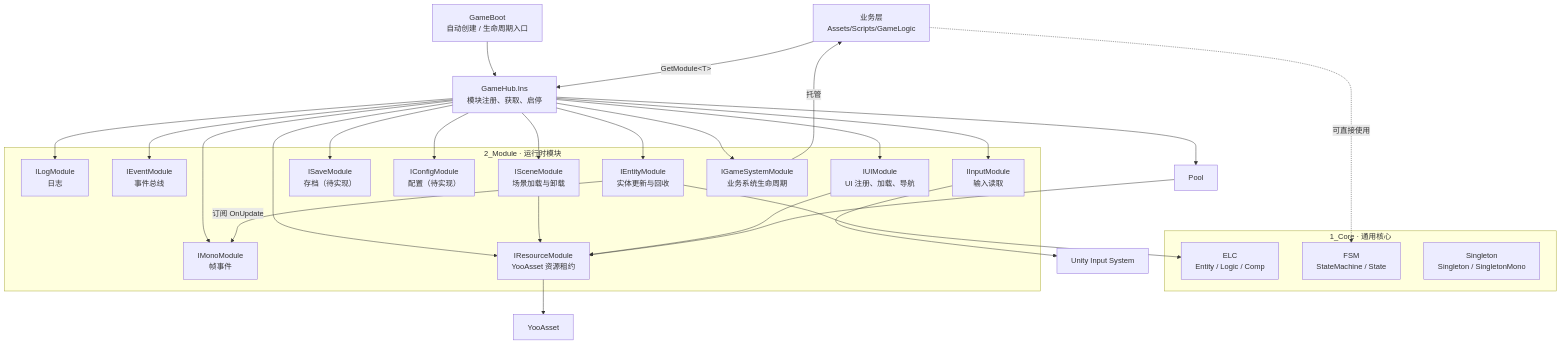
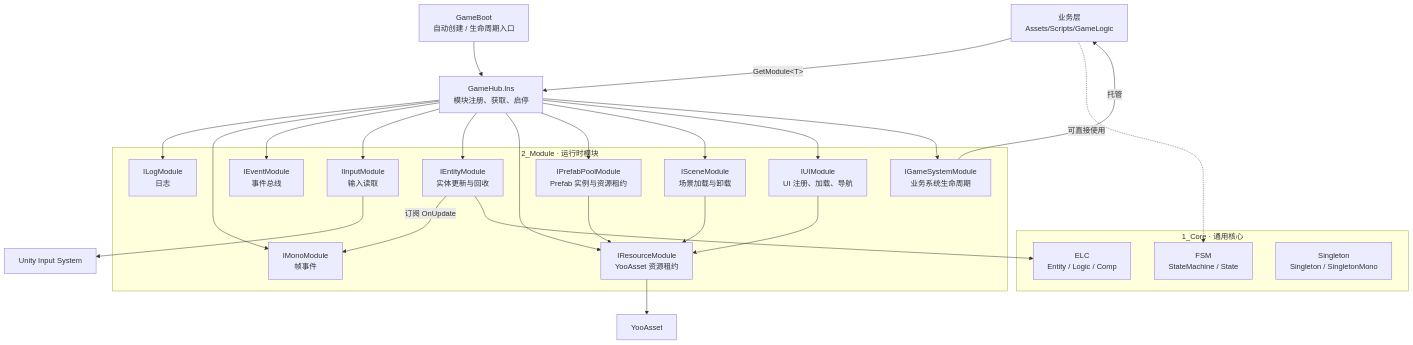
Before and after one commit to WLDZS/Tiny-Nations: the first of 5 diagrams in Assets/Doc/FrameworkNavigation.md, drawn with Mermaid. The commit also changed other lines of this file and 61 other files, not shown here.

````diff
--- a/Assets/Doc/FrameworkNavigation.md
+++ b/Assets/Doc/FrameworkNavigation.md
@@ -7,42 +9,41 @@
 ```mermaid
 flowchart TB
     GameLogic["业务层<br/>Assets/Scripts/GameLogic"]
     Boot["GameBoot<br/>自动创建 / 生命周期入口"]
     Hub["GameHub.Ins<br/>模块注册、获取、启停"]
 
     subgraph Core["1_Core · 通用核心"]
         ELC["ELC<br/>Entity / Logic / Comp"]
         FSM["FSM<br/>StateMachine / State"]
         Singleton["Singleton<br/>Singleton / SingletonMono"]
     end
 
     subgraph Modules["2_Module · 运行时模块"]
         Log["ILogModule<br/>日志"]
         Mono["IMonoModule<br/>帧事件"]
         Event["IEventModule<br/>事件总线"]
         Input["IInputModule<br/>输入读取"]
         Entity["IEntityModule<br/>实体更新与回收"]
         Resource["IResourceModule<br/>YooAsset 资源租约"]
-        Save["ISaveModule<br/>存档（待实现）"]
-        Config["IConfigModule<br/>配置（待实现）"]
+        Pool["IPrefabPoolModule<br/>Prefab 实例与资源租约"]
         Scene["ISceneModule<br/>场景加载与卸载"]
         UI["IUIModule<br/>UI 注册、加载、导航"]
         System["IGameSystemModule<br/>业务系统生命周期"]
     end
 
     YooAsset["YooAsset"]
     InputSystem["Unity Input System"]
 
     Boot --> Hub
-    Hub --> Log & Mono & Event & Input & Entity & Resource & Pool & Save & Config & Scene & UI & System
+    Hub --> Log & Mono & Event & Input & Entity & Resource & Pool & Scene & UI & System
     Entity -->|订阅 OnUpdate| Mono
     Scene --> Resource
     UI --> Resource
     Pool --> Resource
     Resource --> YooAsset
     Input --> InputSystem
     Entity --> ELC
     System -->|托管| GameLogic
     GameLogic -->|GetModule&lt;T&gt;| Hub
     GameLogic -.可直接使用.-> FSM
 ```
````
